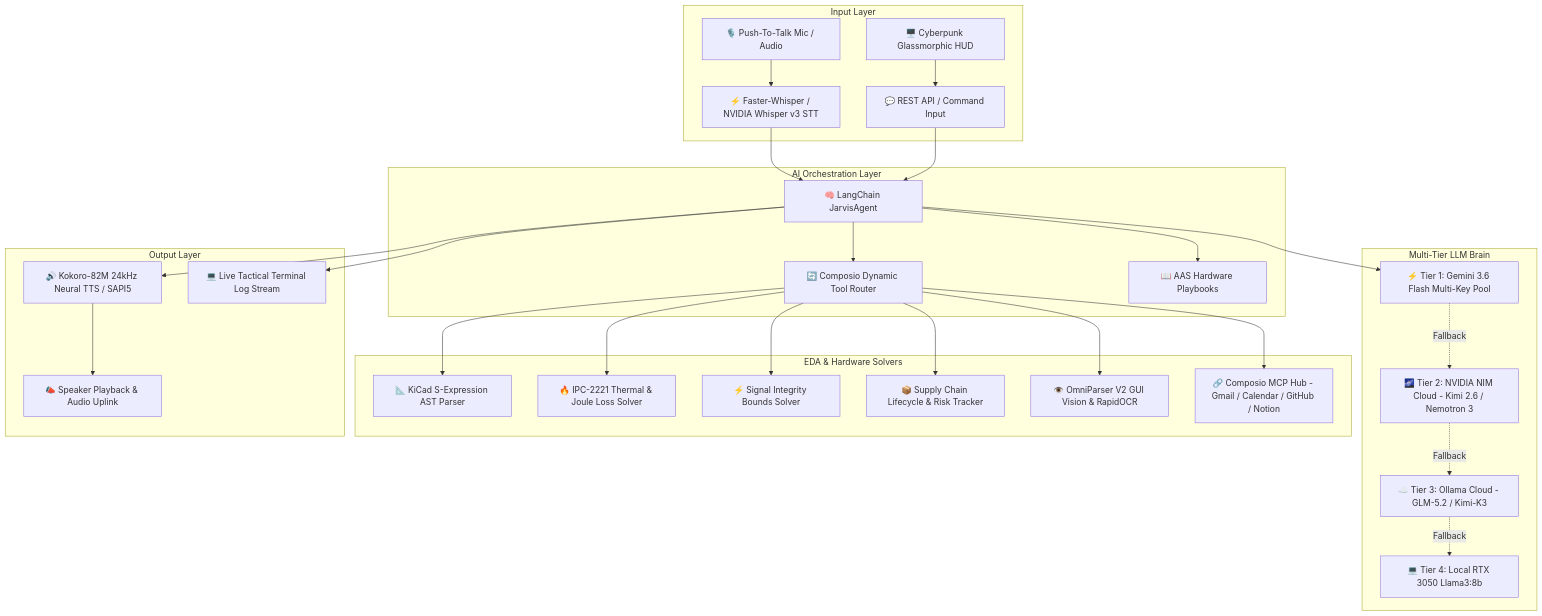
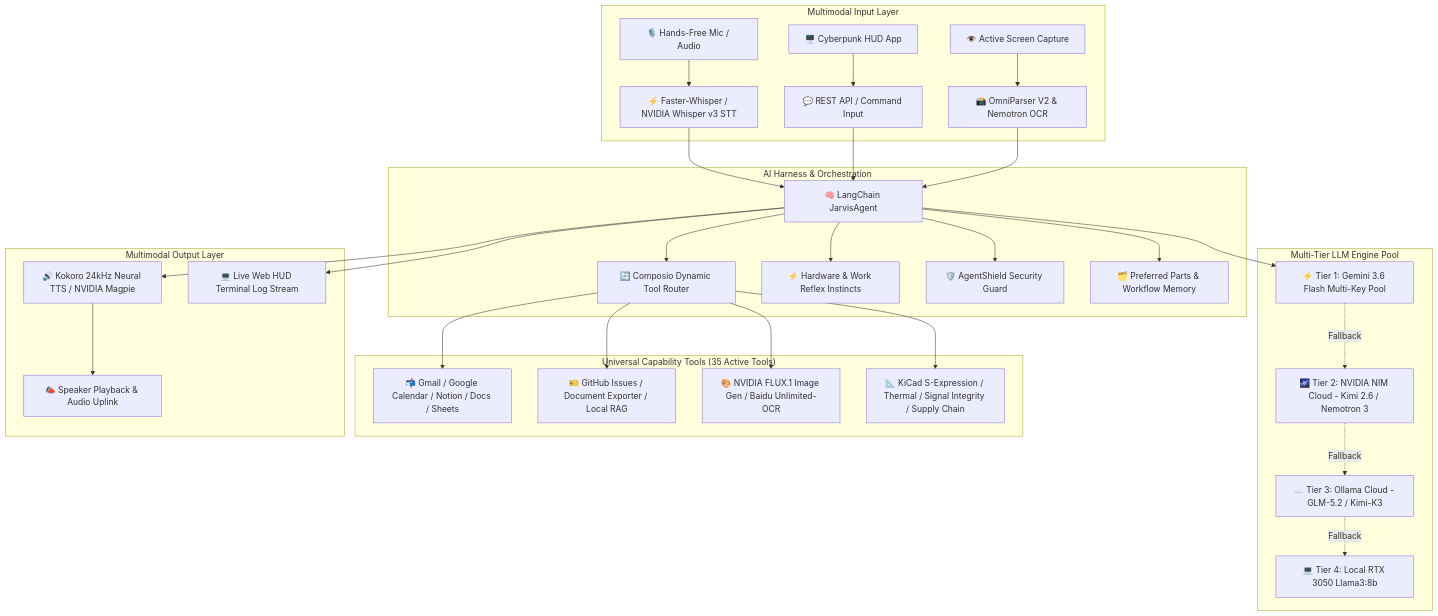
One commit to medboughrara/Jarvis-Copilot changed the diagram in README.md. Above: the diagram before and after it, drawn with Mermaid. The commit also changed other lines of this file and 3 other files, not shown here.

Commit message:
Reposition project to Universal Personal Assistant (Jarvis AI) for general work, productivity, voice, vision, coding, and specialized engineering

````diff
--- a/README.md
+++ b/README.md
@@ -33,36 +33,38 @@
 ```mermaid
 graph TD
-    subgraph IN ["Input Layer"]
-        MIC["🎙️ Push-To-Talk Mic / Audio"] --> STT["⚡ Faster-Whisper / NVIDIA Whisper v3 STT"]
-        UI["🖥️ Cyberpunk Glassmorphic HUD"] --> CMD["💬 REST API / Command Input"]
+    subgraph IN ["Multimodal Input Layer"]
+        MIC["🎙️ Hands-Free Mic / Audio"] --> STT["⚡ Faster-Whisper / NVIDIA Whisper v3 STT"]
+        UI["🖥️ Cyberpunk HUD App"] --> CMD["💬 REST API / Command Input"]
+        SCR["👁️ Active Screen Capture"] --> OCR["📸 OmniParser V2 & Nemotron OCR"]
     end
     
-    subgraph ORCH ["AI Orchestration Layer"]
+    subgraph ORCH ["AI Harness & Orchestration"]
         STT --> AGENT["🧠 LangChain JarvisAgent"]
         CMD --> AGENT
+        OCR --> AGENT
         AGENT --> ROUTER["🔄 Composio Dynamic Tool Router"]
-        AGENT --> SKILLS["📖 AAS Hardware Playbooks"]
+        AGENT --> INST["⚡ Hardware & Work Reflex Instincts"]
+        AGENT --> SEC["🛡️ AgentShield Security Guard"]
+        AGENT --> MEM["🗂️ Preferred Parts & Workflow Memory"]
     end
     
-    subgraph BRAIN ["Multi-Tier LLM Brain"]
+    subgraph BRAIN ["Multi-Tier LLM Engine Pool"]
         AGENT --> T1["⚡ Tier 1: Gemini 3.6 Flash Multi-Key Pool"]
         T1 -.->|Fallback| T2["🌌 Tier 2: NVIDIA NIM Cloud - Kimi 2.6 / Nemotron 3"]
         T2 -.->|Fallback| T3["☁️ Tier 3: Ollama Cloud - GLM-5.2 / Kimi-K3"]
         T3 -.->|Fallback| T4["💻 Tier 4: Local RTX 3050 Llama3:8b"]
     end
     
-    subgraph SOLV ["EDA & Hardware Solvers"]
-        ROUTER --> KICAD["📐 KiCad S-Expression AST Parser"]
-        ROUTER --> THM["🔥 IPC-2221 Thermal & Joule Loss Solver"]
-        ROUTER --> SIG["⚡ Signal Integrity Bounds Solver"]
-        ROUTER --> SUP["📦 Supply Chain Lifecycle & Risk Tracker"]
-        ROUTER --> OCR["👁️ OmniParser V2 GUI Vision & RapidOCR"]
-        ROUTER --> CMP["🔗 Composio MCP Hub - Gmail / Calendar / GitHub / Notion"]
+    subgraph SUITE ["Universal Capability Tools (35 Active Tools)"]
+        ROUTER --> APPS["📬 Gmail / Google Calendar / Notion / Docs / Sheets"]
+        ROUTER --> DEV["🎫 GitHub Issues / Document Exporter / Local RAG"]
+        ROUTER --> VIS["🎨 NVIDIA FLUX.1 Image Gen / Baidu Unlimited-OCR"]
+        ROUTER --> HW["📐 KiCad S-Expression / Thermal / Signal Integrity / Supply Chain"]
     end
     
-    subgraph OUT ["Output Layer"]
-        AGENT --> TTS["🔊 Kokoro-82M 24kHz Neural TTS / SAPI5"]
+    subgraph OUT ["Multimodal Output Layer"]
+        AGENT --> TTS["🔊 Kokoro 24kHz Neural TTS / NVIDIA Magpie"]
         TTS --> SPK["📣 Speaker Playback & Audio Uplink"]
-        AGENT --> HUD_LOG["💻 Live Tactical Terminal Log Stream"]
+        AGENT --> HUD_LOG["💻 Live Web HUD Terminal Log Stream"]
     end
 ```
````
